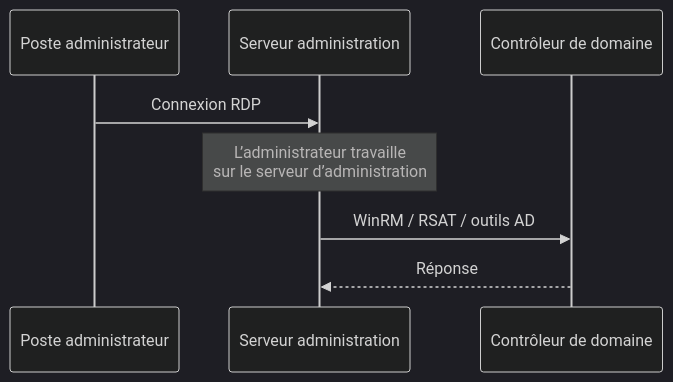
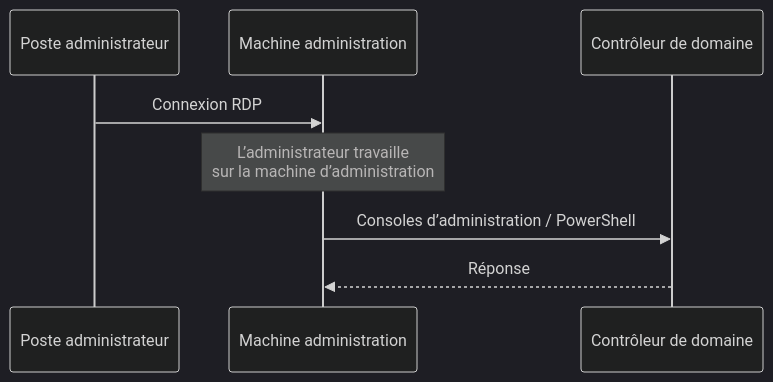
The first of 20 diagrams in docs/cours/05-Services/active-directory.md (lmeryFulbert/SportLudique2026-2027), drawn with Mermaid (dark theme) before and after one commit. The commit also changed other lines of this file and 1 other file, not shown here.

````diff
--- a/docs/cours/05-Services/active-directory.md
+++ b/docs/cours/05-Services/active-directory.md
@@ -159,11 +94,11 @@
 ```mermaid
 sequenceDiagram
     participant PC as Poste administrateur
-    participant ADM as Serveur administration
+    participant ADM as Machine administration
     participant DC as Contrôleur de domaine
 
     PC->>ADM: Connexion RDP
-    Note over ADM: L’administrateur travaille<br/>sur le serveur d’administration
-    ADM->>DC: WinRM / RSAT / outils AD
+    Note over ADM: L’administrateur travaille<br/>sur la machine d’administration
+    ADM->>DC: Consoles d’administration / PowerShell
     DC-->>ADM: Réponse
 ```
````
